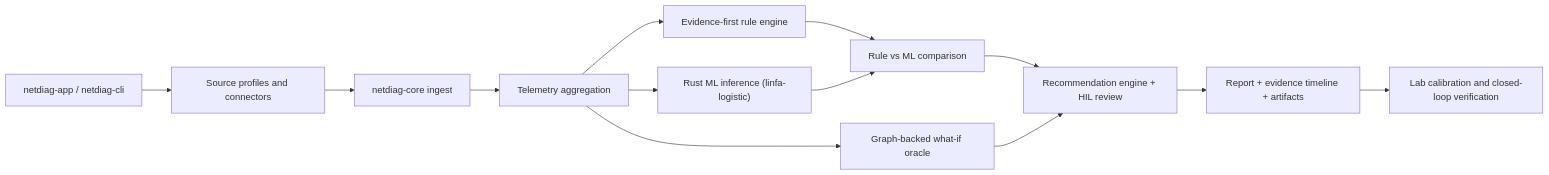
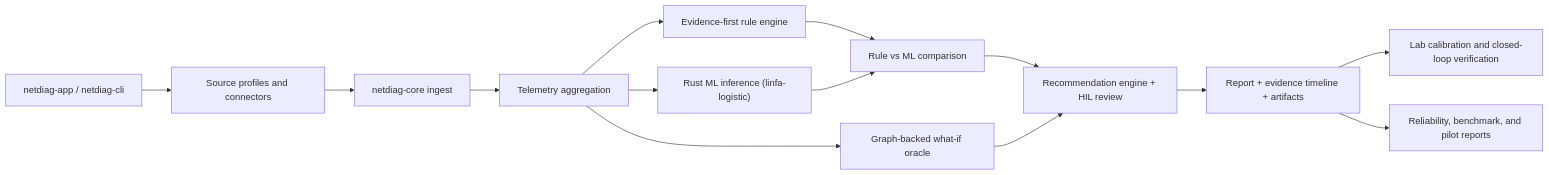
Before and after one commit to billlza/netdiag-twin: the diagram in docs/architecture.md, drawn with Mermaid. The commit also changed other lines of this file and 22 other files, not shown here.

````diff
--- a/docs/architecture.md
+++ b/docs/architecture.md
@@ -3,15 +3,16 @@
 ```mermaid
 flowchart LR
     A["netdiag-app / netdiag-cli"] --> B["Source profiles and connectors"]
     B --> C["netdiag-core ingest"]
     C --> D["Telemetry aggregation"]
     D --> E["Evidence-first rule engine"]
     D --> F["Rust ML inference (linfa-logistic)"]
     E --> G["Rule vs ML comparison"]
     F --> G
     D --> H["Graph-backed what-if oracle"]
     G --> I["Recommendation engine + HIL review"]
     H --> I
     I --> J["Report + evidence timeline + artifacts"]
     J --> K["Lab calibration and closed-loop verification"]
+    J --> L["Reliability, benchmark, and pilot reports"]
 ```
````
